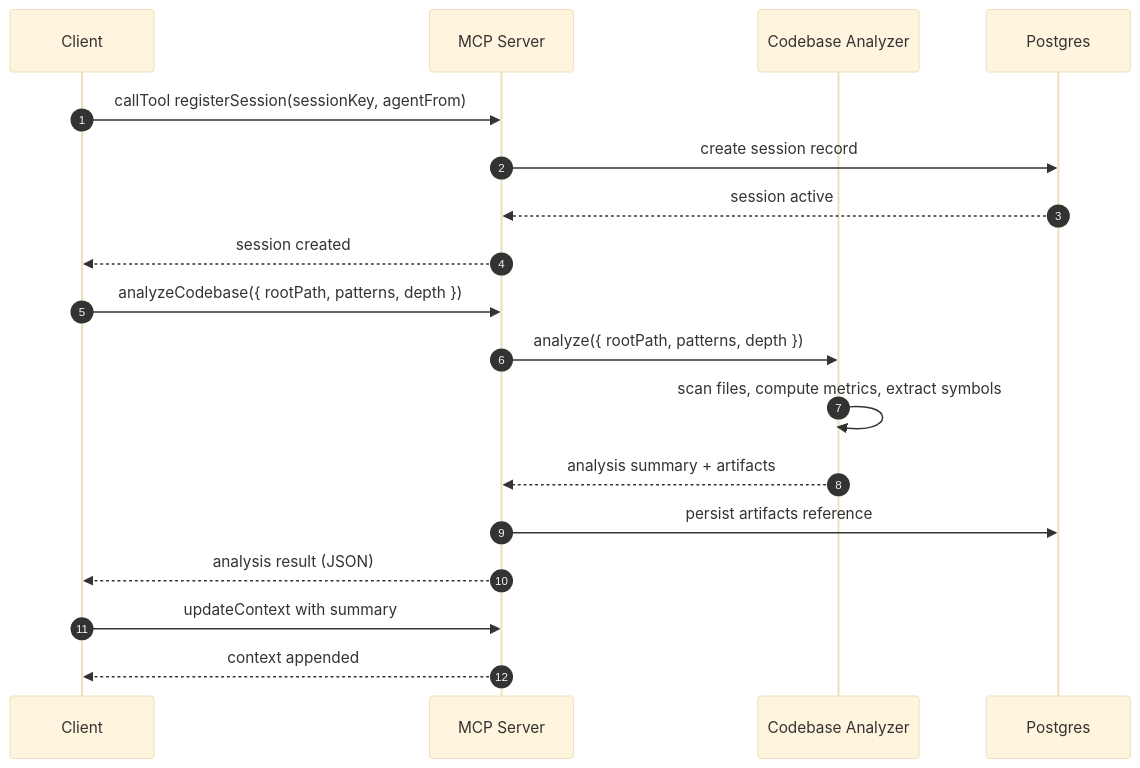
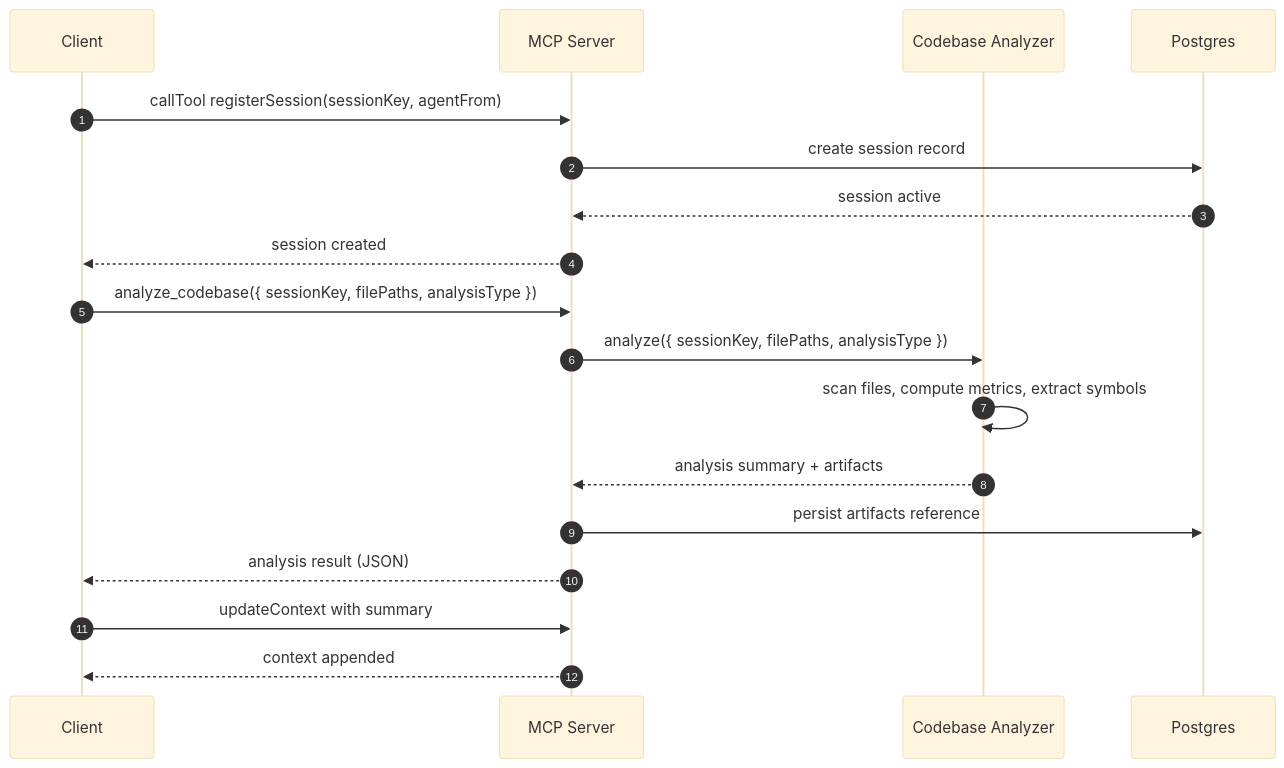
Before and after one commit to ragusa-it/ai-handoff-mcp: the diagram in docs/usage/codebase-analysis.md, drawn with Mermaid (base theme). The commit also changed other lines of this file and 11 other files, not shown here.

````diff
--- a/docs/usage/codebase-analysis.md
+++ b/docs/usage/codebase-analysis.md
@@ -23,23 +23,23 @@
 ```mermaid
 sequenceDiagram
   autonumber
   participant Client
   participant MCP as MCP Server
   participant Analyzer as Codebase Analyzer
   participant DB as Postgres
 
   Client->>MCP: callTool registerSession(sessionKey, agentFrom)
   MCP->>DB: create session record
   DB-->>MCP: session active
   MCP-->>Client: session created
 
-  Client->>MCP: analyzeCodebase({ rootPath, patterns, depth })
-  MCP->>Analyzer: analyze({ rootPath, patterns, depth })
+  Client->>MCP: analyze_codebase({ sessionKey, filePaths, analysisType })
+  MCP->>Analyzer: analyze({ sessionKey, filePaths, analysisType })
   Analyzer->>Analyzer: scan files, compute metrics, extract symbols
   Analyzer-->>MCP: analysis summary + artifacts
   MCP->>DB: persist artifacts reference
   MCP-->>Client: analysis result (JSON)
 
   Client->>MCP: updateContext with summary
   MCP-->>Client: context appended
 ```
````
